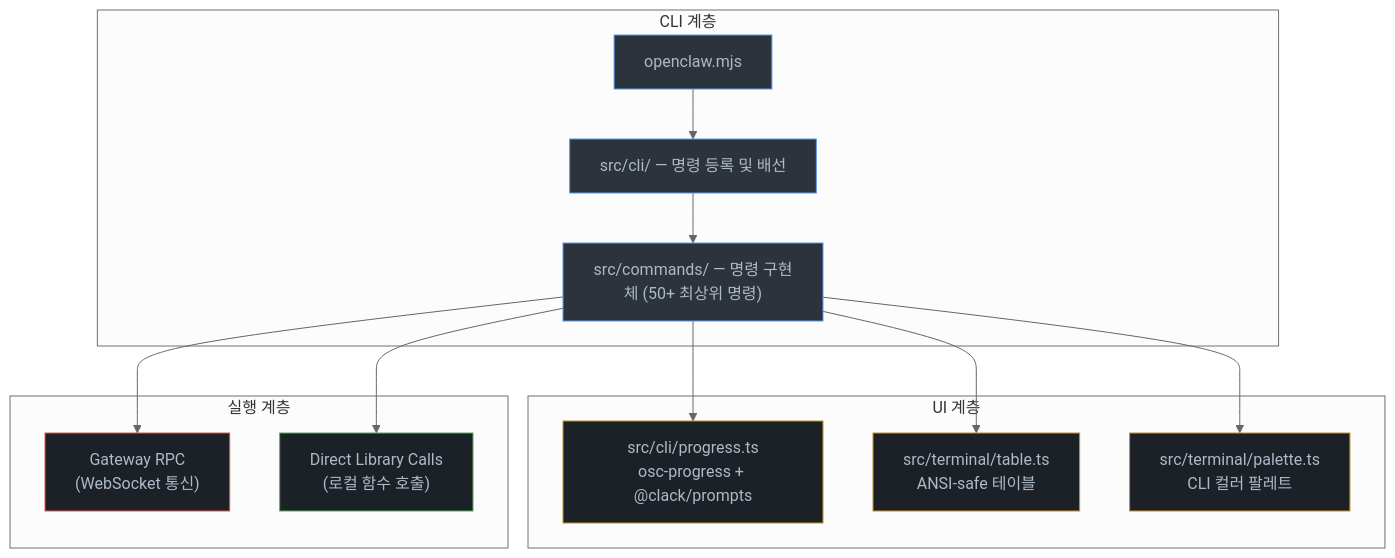
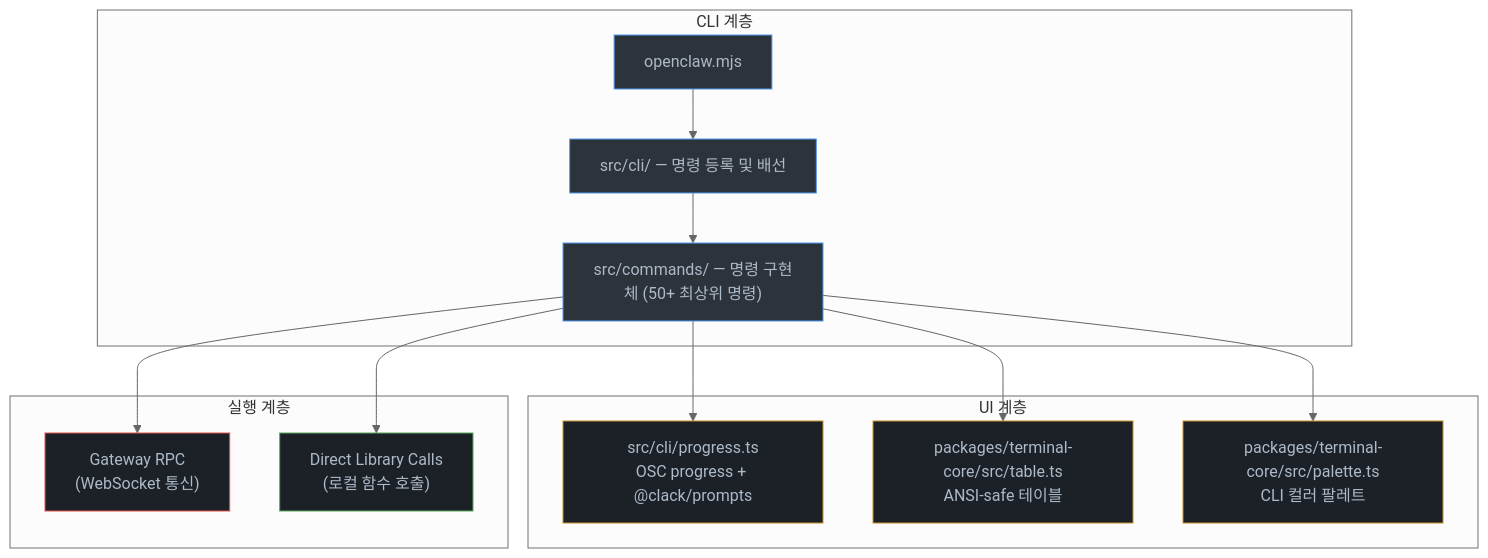
The second of 6 diagrams in openclaw분석/05-CLI-명령-시스템.md (kgpark88/aiagent2026), drawn with Mermaid (neutral theme) before and after one commit. The commit also changed other lines of this file and 11 other files, not shown here.

````diff
--- a/openclaw분석/05-CLI-명령-시스템.md
+++ b/openclaw분석/05-CLI-명령-시스템.md
@@ -36,36 +38,36 @@
 ```mermaid
 graph TD
     subgraph "CLI 계층"
         Entry["openclaw.mjs"]
         CLI["src/cli/ — 명령 등록 및 배선"]
         Commands["src/commands/ — 명령 구현체 (50+ 최상위 명령)"]
     end
 
     subgraph "UI 계층"
-        Progress["src/cli/progress.ts<br/>osc-progress + @clack/prompts"]
-        Table["src/terminal/table.ts<br/>ANSI-safe 테이블"]
-        Palette["src/terminal/palette.ts<br/>CLI 컬러 팔레트"]
+        Progress["src/cli/progress.ts<br/>OSC progress + @clack/prompts"]
+        Table["packages/terminal-core/src/table.ts<br/>ANSI-safe 테이블"]
+        Palette["packages/terminal-core/src/palette.ts<br/>CLI 컬러 팔레트"]
     end
 
     subgraph "실행 계층"
         Gateway["Gateway RPC<br/>(WebSocket 통신)"]
         Library["Direct Library Calls<br/>(로컬 함수 호출)"]
     end
 
     Entry --> CLI
     CLI --> Commands
     Commands --> Progress
     Commands --> Table
     Commands --> Palette
     Commands --> Gateway
     Commands --> Library
 
     style Entry fill:#2d333b,stroke:#539bf5,color:#adbac7
     style CLI fill:#2d333b,stroke:#539bf5,color:#adbac7
     style Commands fill:#2d333b,stroke:#539bf5,color:#adbac7
     style Progress fill:#1c2128,stroke:#c69026,color:#adbac7
     style Table fill:#1c2128,stroke:#c69026,color:#adbac7
     style Palette fill:#1c2128,stroke:#c69026,color:#adbac7
     style Gateway fill:#1c2128,stroke:#e5534b,color:#adbac7
     style Library fill:#1c2128,stroke:#57ab5a,color:#adbac7
 ```
````
